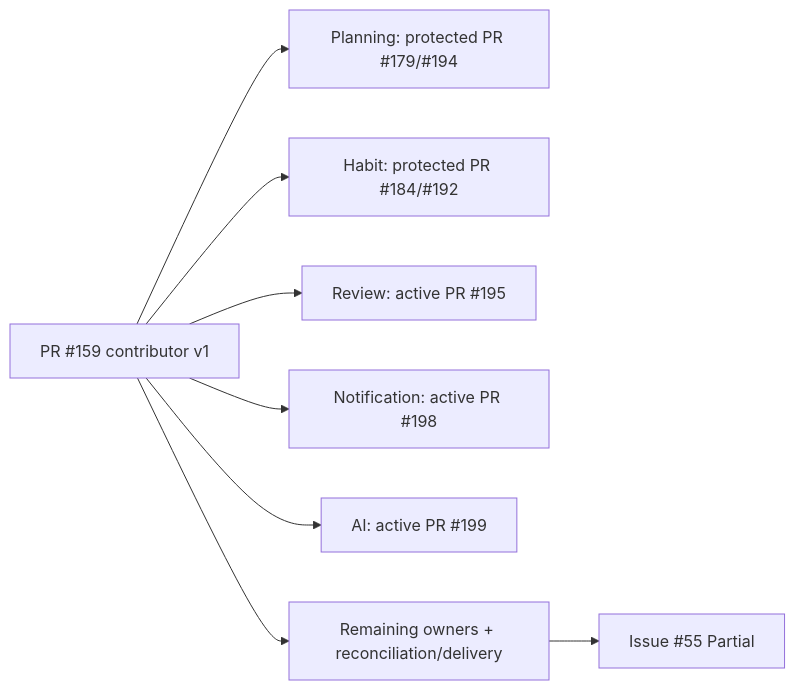
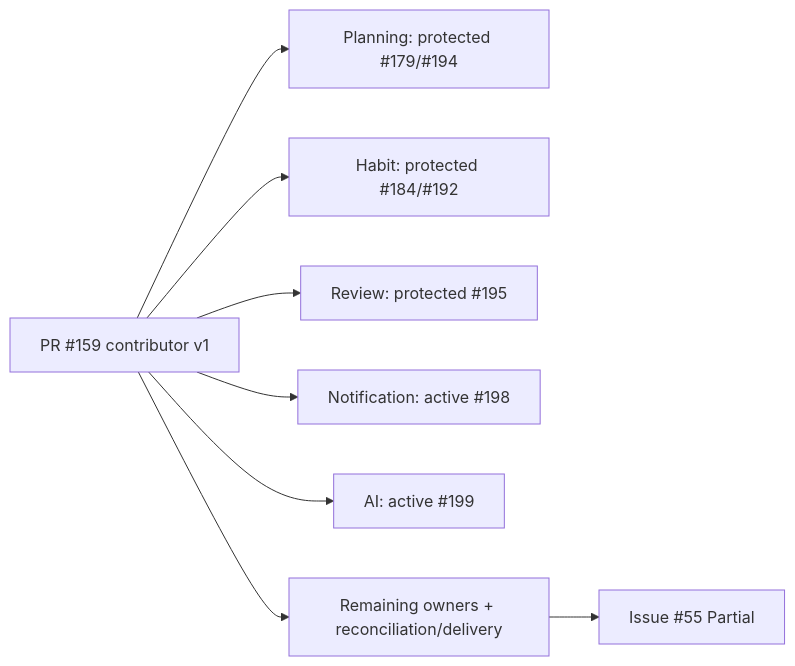
Before and after one commit to ContextualWisdomLab/life-os: the ninth of 18 diagrams in docs/UML.md, drawn with Mermaid. The commit also changed other lines of this file, not shown here.

Commit message:
docs: refresh active authority and recovery views

````diff
--- a/docs/UML.md
+++ b/docs/UML.md
@@ -185,10 +210,10 @@
 ```mermaid
 flowchart LR
-    Contract[PR #159 contributor v1] --> Planning[Planning: protected PR #179/#194]
-    Contract --> Habit[Habit: protected PR #184/#192]
-    Contract --> Review[Review: active PR #195]
-    Contract --> Notification[Notification: active PR #198]
-    Contract --> AI[AI: active PR #199]
+    Contract[PR #159 contributor v1] --> Planning[Planning: protected #179/#194]
+    Contract --> Habit[Habit: protected #184/#192]
+    Contract --> Review[Review: protected #195]
+    Contract --> Notification[Notification: active #198]
+    Contract --> AI[AI: active #199]
     Contract --> Remaining[Remaining owners + reconciliation/delivery]
     Remaining --> Gap[Issue #55 Partial]
 ```
````
